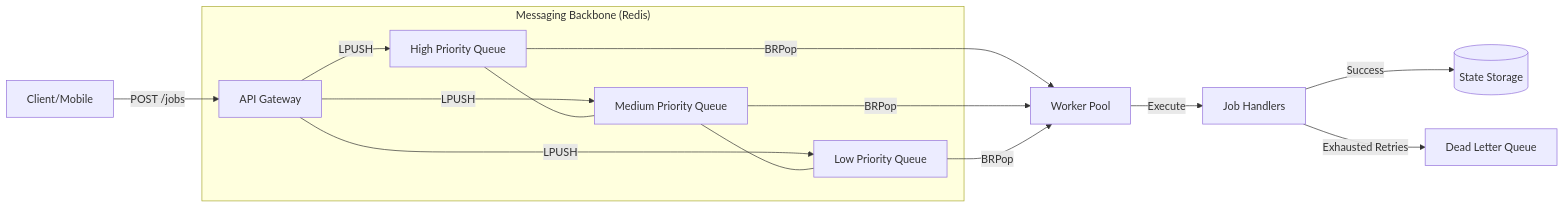
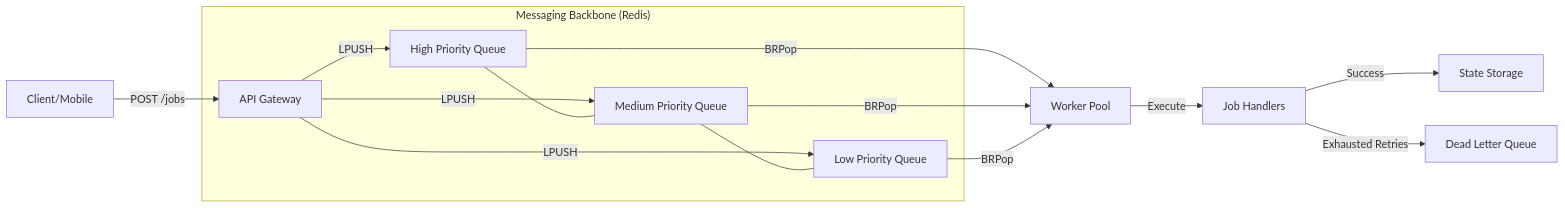
One commit to fewzfewz/task_queue_system changed the diagram in README.md. Above: the diagram before and after it, drawn with Mermaid. The commit also changed other lines of this file, not shown here.

Commit message:
Fix README.md Mermaid syntax and markdown lint errors

````diff
--- a/README.md
+++ b/README.md
@@ -9,17 +9,18 @@
 ```mermaid
-graph LR
-    Client[Client/Mobile] -->|POST /jobs| API[API Gateway]
+flowchart LR
+    Client["Client/Mobile"] -->|POST /jobs| API["API Gateway"]
     subgraph "Messaging Backbone (Redis)"
-        API -->|LPUSH| HighQ[High Priority Queue]
-        API -->|LPUSH| MedQ[Medium Priority Queue]
-        API -->|LPUSH| LowQ[Low Priority Queue]
-        HighQ --- MedQ --- LowQ
+        API -->|LPUSH| HighQ["High Priority Queue"]
+        API -->|LPUSH| MedQ["Medium Priority Queue"]
+        API -->|LPUSH| LowQ["Low Priority Queue"]
+        HighQ --- MedQ
+        MedQ --- LowQ
     end
-    HighQ -->|BRPop| Workers[Worker Pool]
+    HighQ -->|BRPop| Workers["Worker Pool"]
     MedQ -->|BRPop| Workers
     LowQ -->|BRPop| Workers
     
-    Workers -->|Execute| Logic[Job Handlers]
-    Logic -->|Success| Storage[(State Storage)]
-    Logic -->|Exhausted Retries| DLQ[Dead Letter Queue]
+    Workers -->|Execute| Logic["Job Handlers"]
+    Logic -->|Success| Storage["State Storage"]
+    Logic -->|Exhausted Retries| DLQ["Dead Letter Queue"]
 ```
````
